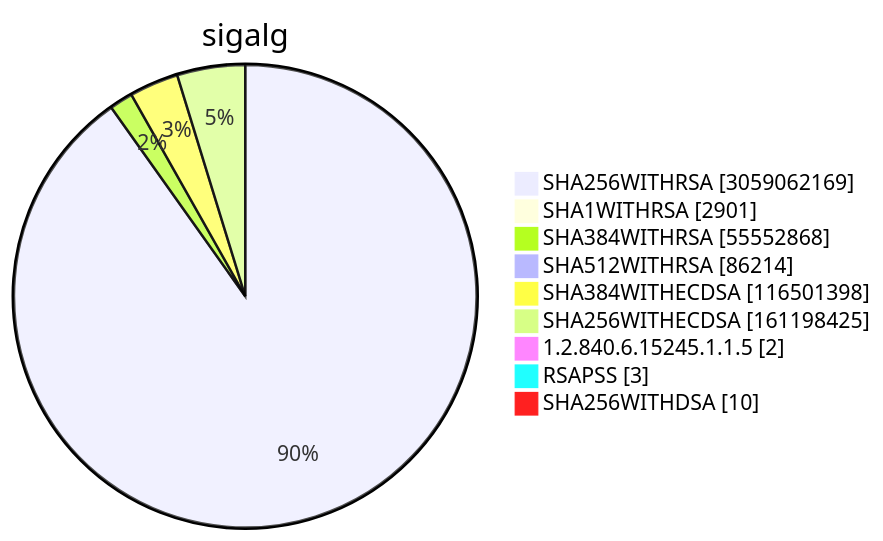
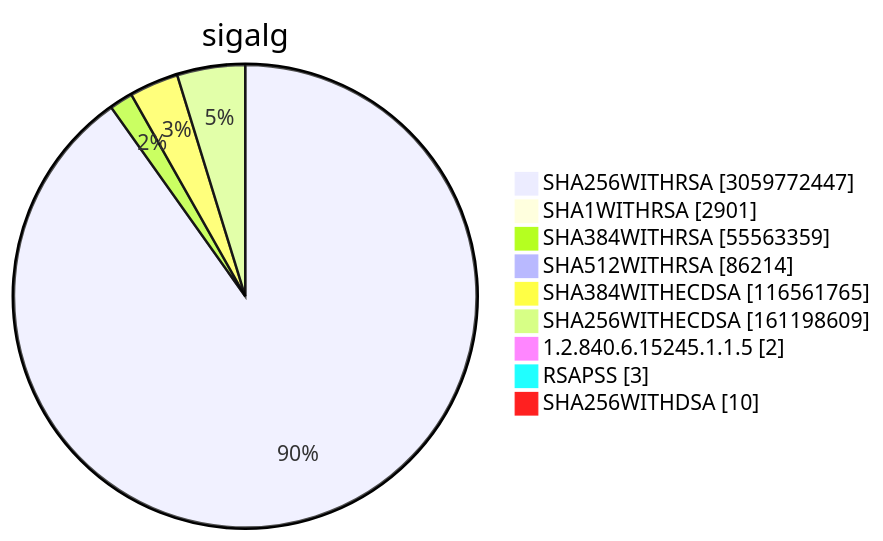
Diagram 15 of 15 in TOTAL/README.md (christiankrug/ctmonitor_visualization), drawn with Mermaid before and after one commit. The commit also changed other lines of this file, not shown here.

````diff
--- a/TOTAL/README.md
+++ b/TOTAL/README.md
@@ -6209,13 +6209,13 @@
 ```mermaid
 pie showData
 title sigalg
-"SHA256WITHRSA" :3059062169
+"SHA256WITHRSA" :3059772447
 "SHA1WITHRSA" :2901
-"SHA384WITHRSA" :55552868
+"SHA384WITHRSA" :55563359
 "SHA512WITHRSA" :86214
-"SHA384WITHECDSA" :116501398
-"SHA256WITHECDSA" :161198425
+"SHA384WITHECDSA" :116561765
+"SHA256WITHECDSA" :161198609
 "1.2.840.6.15245.1.1.5" :2
 "RSAPSS" :3
 "SHA256WITHDSA" :10
 ```
````
